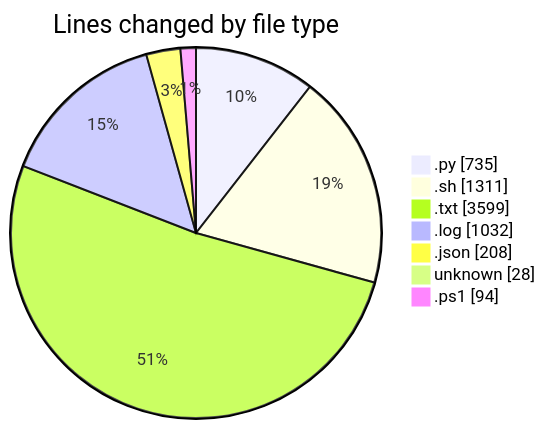
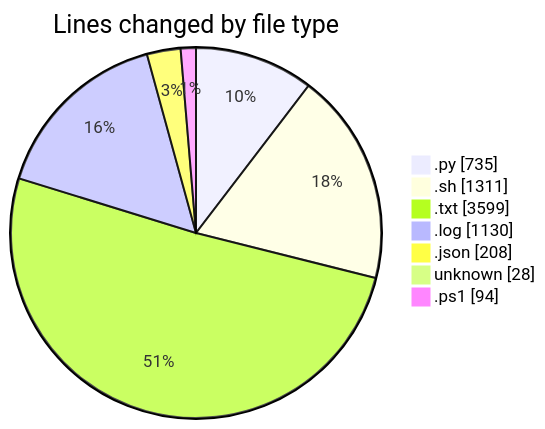
Before and after one commit to Unknowalive/code-tracking: the first of 2 diagrams in 2026-04-11/scripting_workshop/README.md, drawn with Mermaid. The commit also changed other lines of this file and 1 other file, not shown here.

````diff
--- a/2026-04-11/scripting_workshop/README.md
+++ b/2026-04-11/scripting_workshop/README.md
@@ -49,11 +49,11 @@
 ```mermaid
 pie showData
 title Lines changed by file type
 ".py" : 735
 ".sh" : 1311
 ".txt" : 3599
-".log" : 1032
+".log" : 1130
 ".json" : 208
 "unknown" : 28
 ".ps1" : 94
 ```
````
